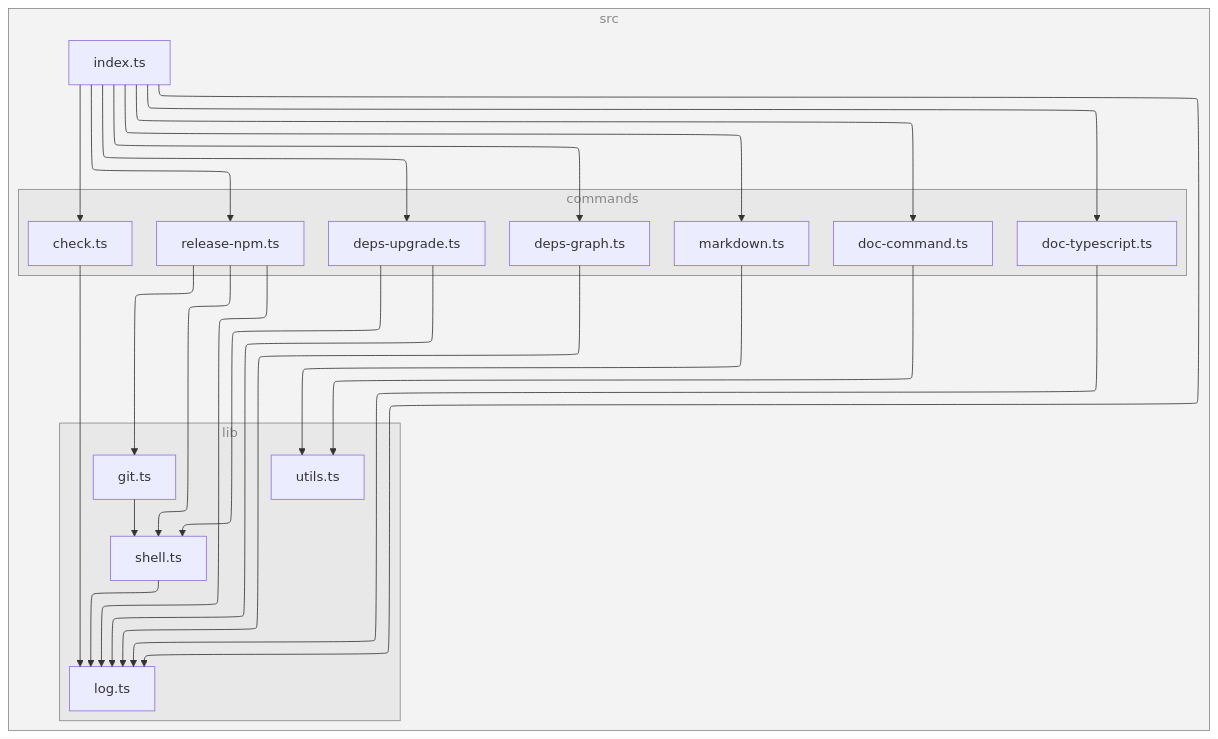
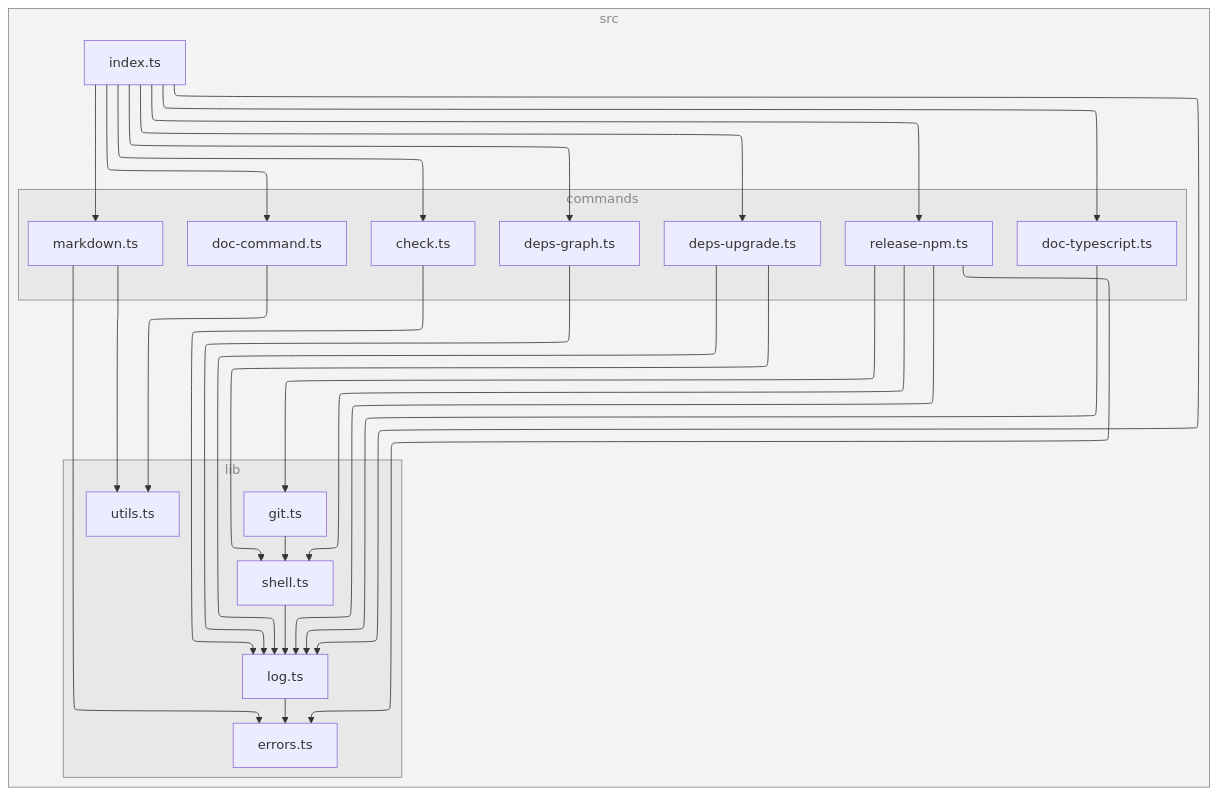
The diagram in README.md (versatiles-org/node-release-tool), drawn with Mermaid before and after one commit.

Commit message:
fix: update flowchart structure in README for accurate command representation

````diff
--- a/README.md
+++ b/README.md
@@ -196,49 +196,53 @@
 ```mermaid
 ---
 config:
   layout: elk
 ---
 flowchart TB
 
 subgraph 0["src"]
 subgraph 1["commands"]
 2["check.ts"]
-5["deps-graph.ts"]
-6["deps-upgrade.ts"]
-8["doc-command.ts"]
-A["doc-typescript.ts"]
-B["markdown.ts"]
-C["release-npm.ts"]
+6["deps-graph.ts"]
+7["deps-upgrade.ts"]
+9["doc-command.ts"]
+B["doc-typescript.ts"]
+C["markdown.ts"]
+D["release-npm.ts"]
 end
 subgraph 3["lib"]
 4["log.ts"]
-7["shell.ts"]
-9["utils.ts"]
-D["git.ts"]
+5["errors.ts"]
+8["shell.ts"]
+A["utils.ts"]
+E["git.ts"]
 end
-E["index.ts"]
+F["index.ts"]
 end
 2-->4
-5-->4
+4-->5
 6-->4
-6-->7
 7-->4
-8-->9
-A-->4
-B-->9
-C-->D
-C-->4
-C-->7
-D-->7
-E-->2
-E-->5
-E-->6
+7-->8
+8-->4
+9-->A
+B-->4
+C-->5
+C-->A
+D-->5
+D-->E
+D-->4
+D-->8
 E-->8
-E-->A
-E-->B
-E-->C
-E-->4
+F-->2
+F-->6
+F-->7
+F-->9
+F-->B
+F-->C
+F-->D
+F-->4
 
 class 0,1,3 subgraphs;
 classDef subgraphs fill-opacity:0.1, fill:#888, color:#888, stroke:#888;
 ```
````
